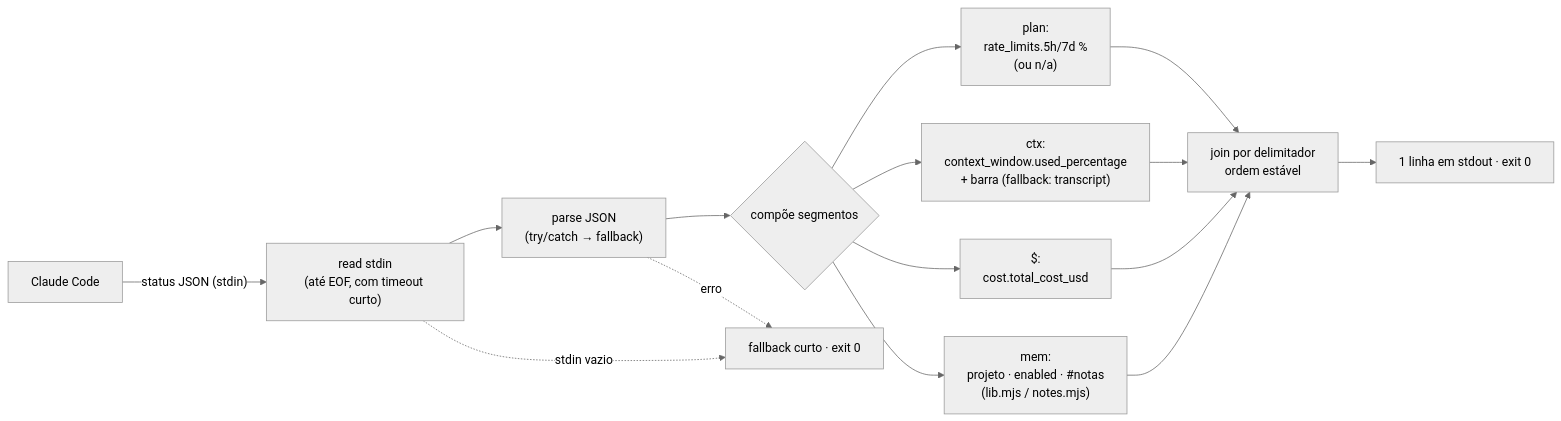
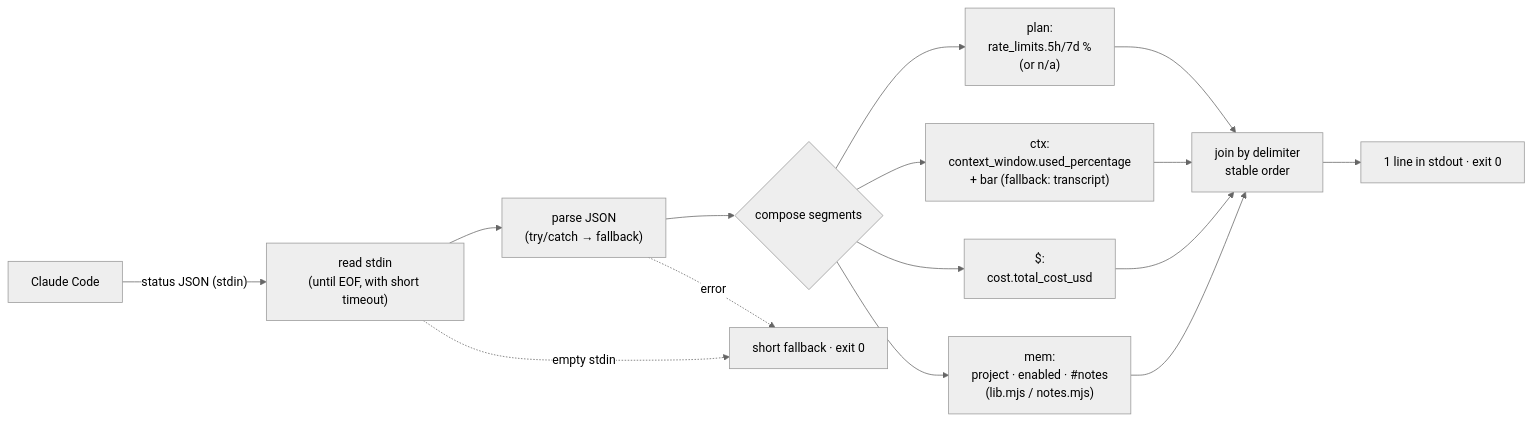
Before and after one commit to MatheusChiodi/AgentTeam-Memory: the second of 4 diagrams in docs/ARCHITECTURE-PHASE-2.md, drawn with Mermaid (neutral theme). The commit also changed other lines of this file and 49 other files, not shown here.

````diff
--- a/docs/ARCHITECTURE-PHASE-2.md
+++ b/docs/ARCHITECTURE-PHASE-2.md
@@ -107,14 +107,14 @@
 ```mermaid
 flowchart LR
-  CC["Claude Code"] -- "status JSON (stdin)" --> RD["read stdin<br/>(até EOF, com timeout curto)"]
+  CC["Claude Code"] -- "status JSON (stdin)" --> RD["read stdin<br/>(until EOF, with short timeout)"]
   RD --> PJ["parse JSON<br/>(try/catch → fallback)"]
-  PJ --> SEG{"compõe segmentos"}
-  SEG --> PLAN["plan:<br/>rate_limits.5h/7d %<br/>(ou n/a)"]
-  SEG --> CTX["ctx:<br/>context_window.used_percentage<br/>+ barra (fallback: transcript)"]
+  PJ --> SEG{"compose segments"}
+  SEG --> PLAN["plan:<br/>rate_limits.5h/7d %<br/>(or n/a)"]
+  SEG --> CTX["ctx:<br/>context_window.used_percentage<br/>+ bar (fallback: transcript)"]
   SEG --> COST["$:<br/>cost.total_cost_usd"]
-  SEG --> MEM["mem:<br/>projeto · enabled · #notas<br/>(lib.mjs / notes.mjs)"]
-  PLAN & CTX & COST & MEM --> JOIN["join por delimitador<br/>ordem estável"]
-  JOIN --> OUT["1 linha em stdout · exit 0"]
-  PJ -. "erro" .-> FB["fallback curto · exit 0"]
-  RD -. "stdin vazio" .-> FB
+  SEG --> MEM["mem:<br/>project · enabled · #notes<br/>(lib.mjs / notes.mjs)"]
+  PLAN & CTX & COST & MEM --> JOIN["join by delimiter<br/>stable order"]
+  JOIN --> OUT["1 line in stdout · exit 0"]
+  PJ -. "error" .-> FB["short fallback · exit 0"]
+  RD -. "empty stdin" .-> FB
 ```
````
